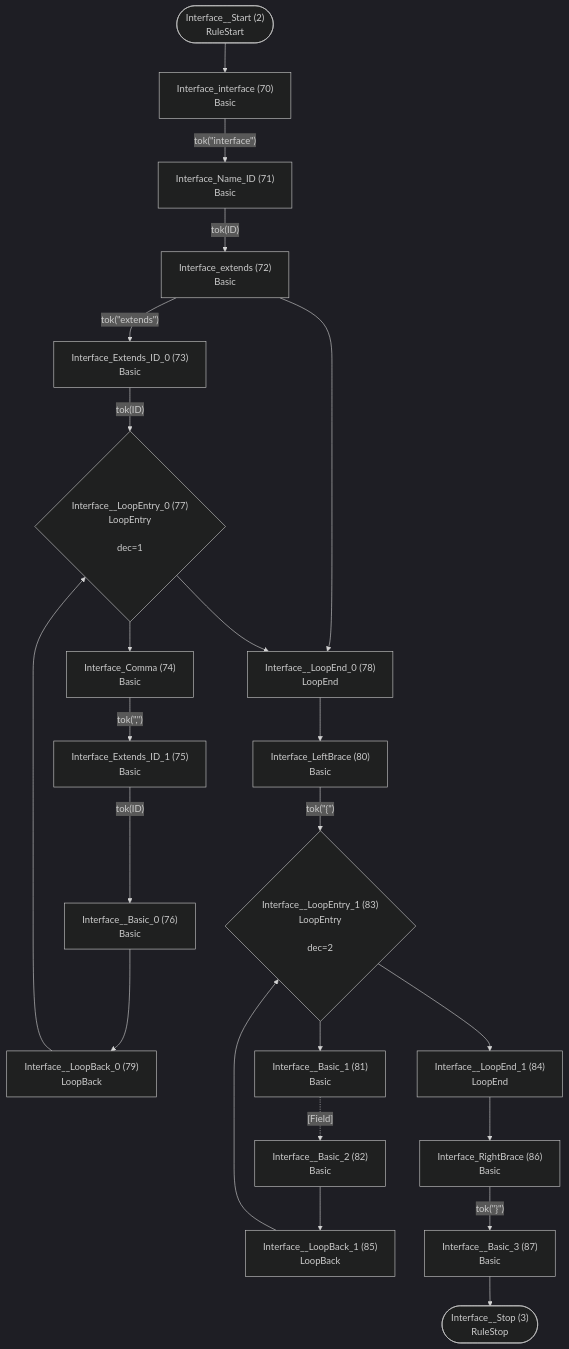
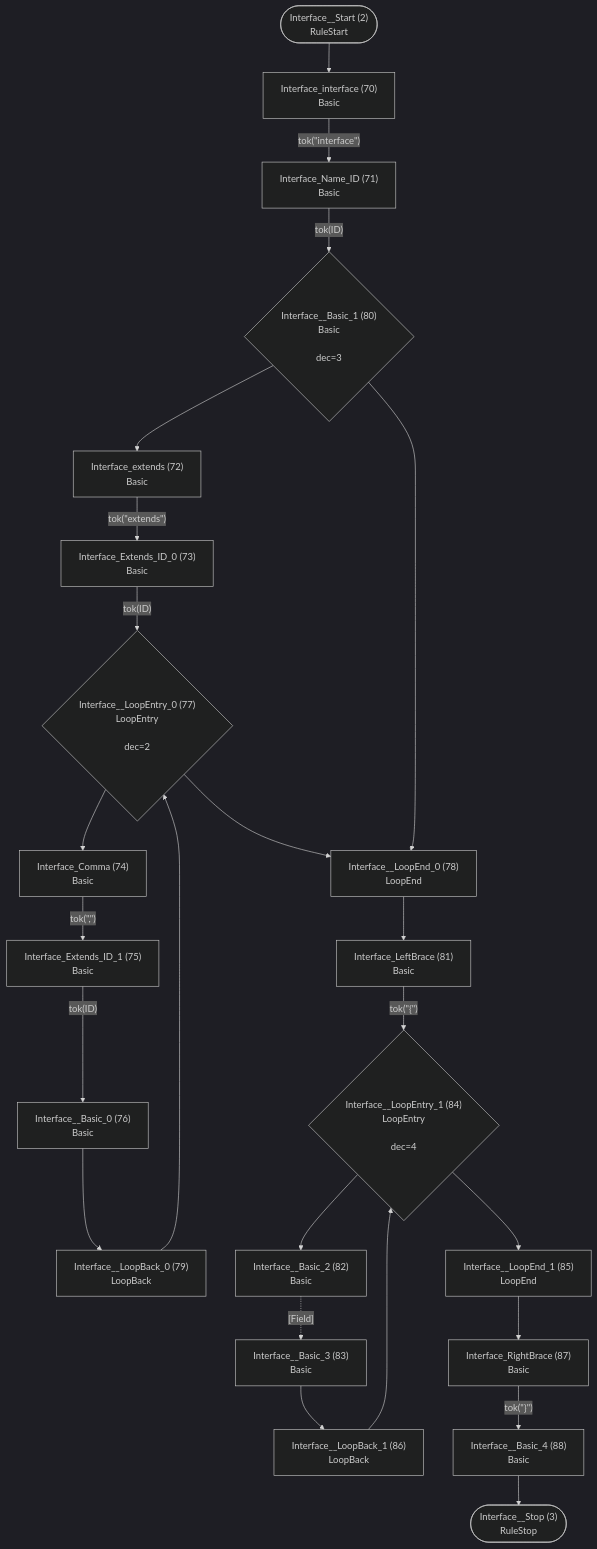
Before and after one commit to TypeFox/fastbelt: the second of 26 diagrams in internal/grammar/atn.md, drawn with Mermaid (dark theme). The commit also changed other lines of this file and 53 other files, not shown here.

````diff
--- a/internal/grammar/atn.md
+++ b/internal/grammar/atn.md
@@ -56,46 +56,48 @@
 ```mermaid
 flowchart TD
     q2(["Interface__Start (2)<br/>RuleStart"])
     q3(["Interface__Stop (3)<br/>RuleStop"])
     q70["Interface_interface (70)<br/>Basic<br/>"]
     q71["Interface_Name_ID (71)<br/>Basic<br/>"]
     q72["Interface_extends (72)<br/>Basic<br/>"]
     q73["Interface_Extends_ID_0 (73)<br/>Basic<br/>"]
     q74["Interface_Comma (74)<br/>Basic<br/>"]
     q75["Interface_Extends_ID_1 (75)<br/>Basic<br/>"]
     q76["Interface__Basic_0 (76)<br/>Basic<br/>"]
-    q77{"Interface__LoopEntry_0 (77)<br/>LoopEntry<br/><br/>dec=1"}
+    q77{"Interface__LoopEntry_0 (77)<br/>LoopEntry<br/><br/>dec=2"}
     q78["Interface__LoopEnd_0 (78)<br/>LoopEnd<br/>"]
     q79["Interface__LoopBack_0 (79)<br/>LoopBack<br/>"]
-    q80["Interface_LeftBrace (80)<br/>Basic<br/>"]
-    q81["Interface__Basic_1 (81)<br/>Basic<br/>"]
+    q80{"Interface__Basic_1 (80)<br/>Basic<br/><br/>dec=3"}
+    q81["Interface_LeftBrace (81)<br/>Basic<br/>"]
     q82["Interface__Basic_2 (82)<br/>Basic<br/>"]
-    q83{"Interface__LoopEntry_1 (83)<br/>LoopEntry<br/><br/>dec=2"}
-    q84["Interface__LoopEnd_1 (84)<br/>LoopEnd<br/>"]
-    q85["Interface__LoopBack_1 (85)<br/>LoopBack<br/>"]
-    q86["Interface_RightBrace (86)<br/>Basic<br/>"]
-    q87["Interface__Basic_3 (87)<br/>Basic<br/>"]
+    q83["Interface__Basic_3 (83)<br/>Basic<br/>"]
+    q84{"Interface__LoopEntry_1 (84)<br/>LoopEntry<br/><br/>dec=4"}
+    q85["Interface__LoopEnd_1 (85)<br/>LoopEnd<br/>"]
+    q86["Interface__LoopBack_1 (86)<br/>LoopBack<br/>"]
+    q87["Interface_RightBrace (87)<br/>Basic<br/>"]
+    q88["Interface__Basic_4 (88)<br/>Basic<br/>"]
 
     q2 --> q70
     q70 -->|"tok(&quot;interface&quot;)"| q71
-    q71 -->|"tok(ID)"| q72
+    q71 -->|"tok(ID)"| q80
     q72 -->|"tok(&quot;extends&quot;)"| q73
-    q72 --> q78
     q73 -->|"tok(ID)"| q77
     q74 -->|"tok(&quot;,&quot;)"| q75
     q75 -->|"tok(ID)"| q76
     q76 --> q79
     q77 --> q74
     q77 --> q78
-    q78 --> q80
+    q78 --> q81
     q79 --> q77
-    q80 -->|"tok(&quot;{&quot;)"| q83
-    q81 -.->|"[Field]"| q82
-    q82 --> q85
-    q83 --> q81
-    q83 --> q84
-    q84 --> q86
-    q85 --> q83
-    q86 -->|"tok(&quot;}&quot;)"| q87
-    q87 --> q3
+    q80 --> q72
+    q80 --> q78
+    q81 -->|"tok(&quot;{&quot;)"| q84
+    q82 -.->|"[Field]"| q83
+    q83 --> q86
+    q84 --> q82
+    q84 --> q85
+    q85 --> q87
+    q86 --> q84
+    q87 -->|"tok(&quot;}&quot;)"| q88
+    q88 --> q3
 ```
````
